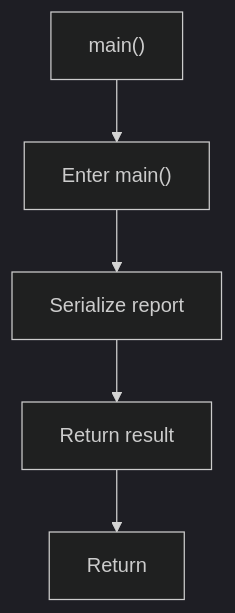
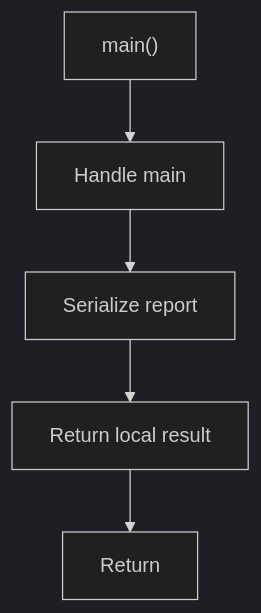
The fourth of 4 diagrams in docs/Codebase/Microservice/Test/Input/factory_to_base_unresolved_instance_source.cpp.md (JohnAndrewBalbarosa/NeoTerritory), drawn with Mermaid (dark theme) before and after one commit. The commit also changed other lines of this file and 915 other files, not shown here.

````diff
--- a/docs/Codebase/Microservice/Test/Input/factory_to_base_unresolved_instance_source.cpp.md
+++ b/docs/Codebase/Microservice/Test/Input/factory_to_base_unresolved_instance_source.cpp.md
@@ -127,12 +126,12 @@
 ```mermaid
 flowchart TD
     Start["main()"]
-    N0["Enter main()"]
+    N0["Handle main"]
     N1["Serialize report"]
-    N2["Return result"]
+    N2["Return local result"]
     End["Return"]
     Start --> N0
     N0 --> N1
     N1 --> N2
     N2 --> End
 ```
````
